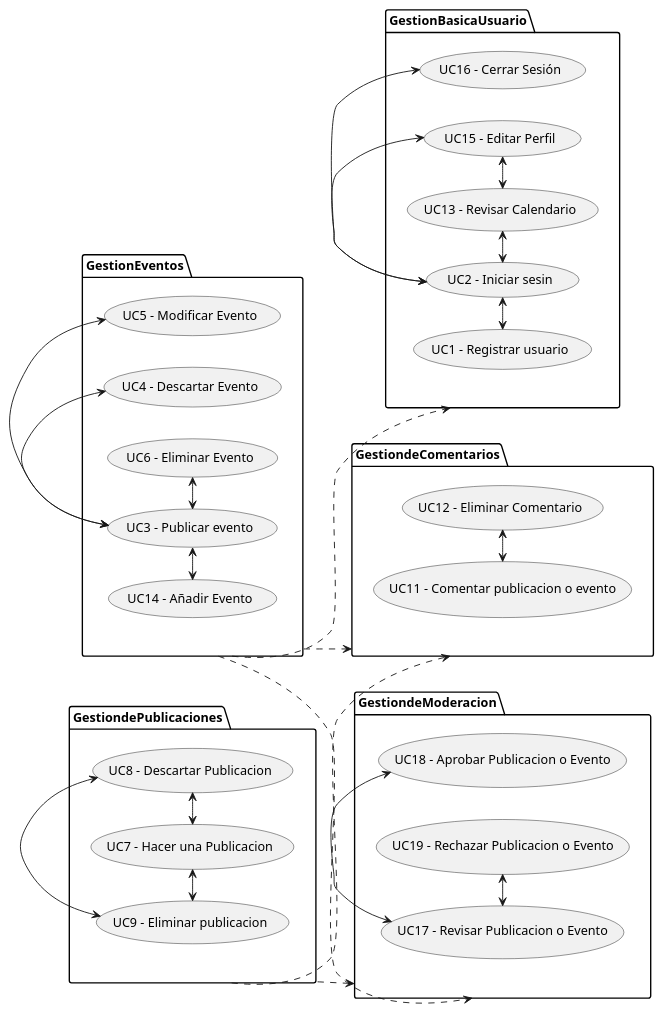
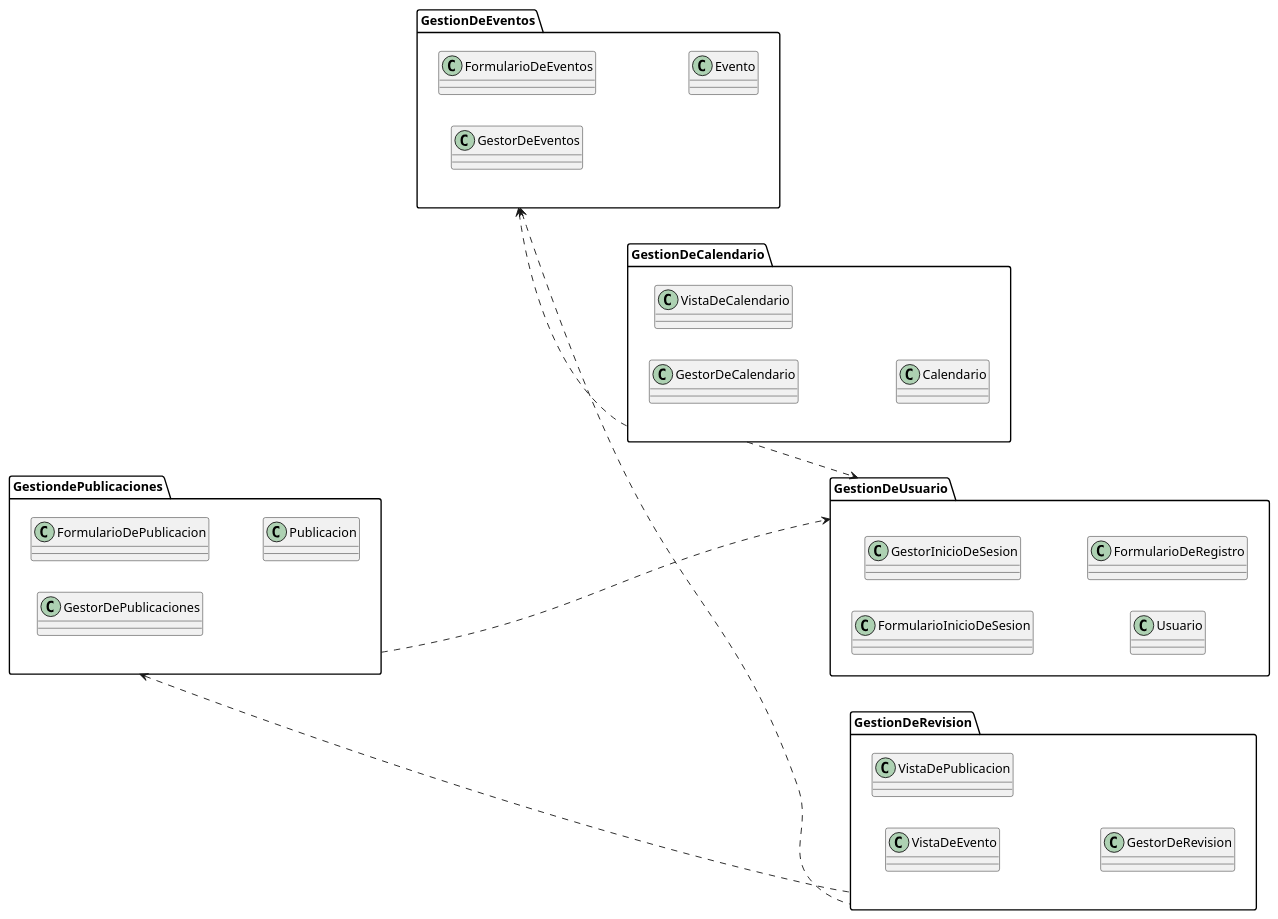
Before and after one commit to Andreinalcm/Proyecto_de_inge_grupo4: the diagram in docs/logicalView/DisciplinaDeAnalisis/DiagramaDePaquetes.plantuml, drawn with PlantUML. The commit also changed 26 other files, not shown here.

```diff
--- a/docs/logicalView/DisciplinaDeAnalisis/DiagramaDePaquetes.plantuml
+++ b/docs/logicalView/DisciplinaDeAnalisis/DiagramaDePaquetes.plantuml
@@ -1,64 +3,45 @@
 @startuml Diagrama de Paquetes
 
 left to right direction
 
 package "GestiondePublicaciones" {
-usecase "UC7 - Hacer una Publicacion" as UC7
-usecase "UC8 - Descartar Publicacion" as UC8
-usecase "UC9 - Eliminar publicacion" as UC9
+class "FormularioDePublicacion" as UC7
+class "GestorDePublicaciones" as UC8
+class "Publicacion" as UC9
 }
 
-package "GestionBasicaUsuario" {
-usecase "UC1 - Registrar usuario" as UC1
-usecase "UC2 - Iniciar sesin" as UC2
-usecase "UC13 - Revisar Calendario" as UC13
-usecase "UC15 - Editar Perfil" as UC15
-usecase "UC16 - Cerrar Sesión" as UC16
+package "GestionDeUsuario" {
+class "FormularioInicioDeSesion" as UC1
+class "GestorInicioDeSesion" as UC2
+class "Usuario" as UC13
+class "FormularioDeRegistro" as UC15
+
 }
 
-package "GestiondeModeracion" {
-usecase "UC17 - Revisar Publicacion o Evento" as UC17
-usecase "UC18 - Aprobar Publicacion o Evento" as UC18
-usecase "UC19 - Rechazar Publicacion o Evento" as UC19
+package "GestionDeRevision" {
+class "VistaDeEvento" as UC17
+class "VistaDePublicacion" as UC18
+class "GestorDeRevision" as UC19
 }
 
-package "GestiondeComentarios" {
-usecase "UC11 - Comentar publicacion o evento" as UC11
-usecase "UC12 - Eliminar Comentario" as UC12
+
+package "GestionDeEventos" {
+    class "FormularioDeEventos" as UC3
+    class "GestorDeEventos" as UC4
+    class "Evento" as UC5
+
 }
 
-package "GestionEventos" {
-    usecase "UC3 - Publicar evento" as UC3
-    usecase "UC4 - Descartar Evento" as UC4
-    usecase "UC5 - Modificar Evento" as UC5
-    usecase "UC6 - Eliminar Evento" as UC6
-    usecase "UC14 - Añadir Evento" as UC14
+package "GestionDeCalendario"{
+    class "GestorDeCalendario" as gca
+    class "VistaDeCalendario" as vca
+    class "Calendario" as cal
 }
 
-GestionEventos ..> GestionBasicaUsuario
-GestiondePublicaciones ..> GestiondeModeracion
-GestiondePublicaciones ..> GestiondeComentarios
-GestionEventos ..> GestiondeModeracion
-GestionEventos ..>GestiondeComentarios
-
-UC14 <-> UC3 
-UC3 <-> UC5 
-UC3 <-> UC4 
-UC3 <-> UC6
-
-UC11 <-> UC12
-
-UC17 <-> UC18
-UC17 <-> UC19
-
-UC7 <-> UC8
-UC8 <-> UC9
-UC9 <-> UC7
-
-UC1 <-> UC2
-UC2 <-> UC16
-UC13 <-> UC15
-UC2 <-> UC13
-UC2 <-> UC15
+GestionDeCalendario ..> GestionDeUsuario
+GestiondePublicaciones ..> GestionDeUsuario
+GestiondePublicaciones <.. GestionDeRevision
+GestionDeEventos <.. GestionDeRevision 
+GestionDeEventos <.. GestionDeCalendario
 
 @enduml
```
